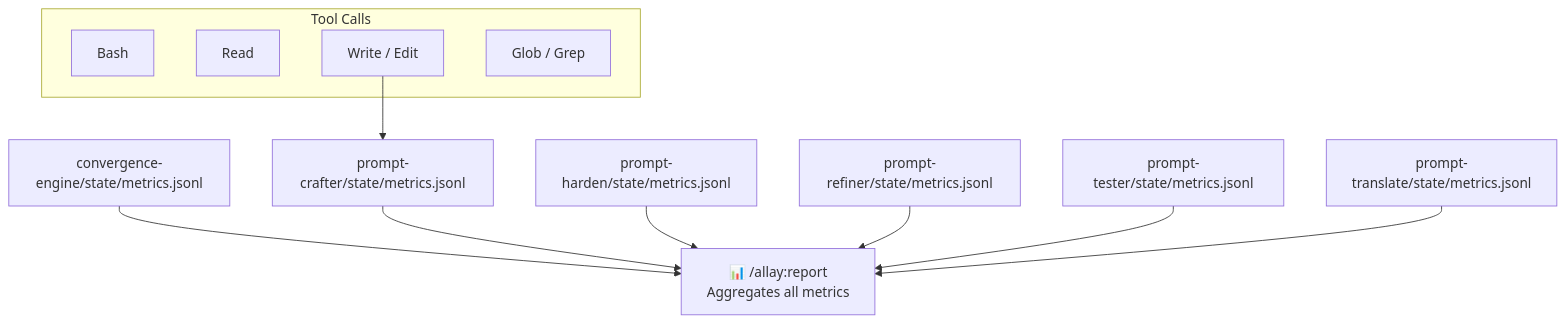
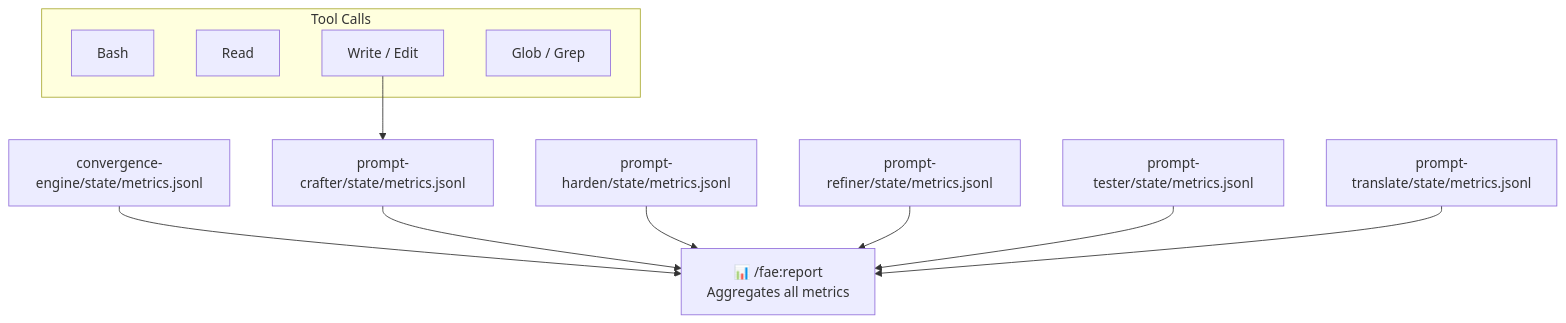
The diagram in docs/architecture/dataflow.mmd (enchanted-plugins/wixie), drawn with Mermaid before and after one commit. The commit also changed 84 other files, not shown here.

```diff
--- a/docs/architecture/dataflow.mmd
+++ b/docs/architecture/dataflow.mmd
@@ -1,21 +1,21 @@
 graph TB
     subgraph inputs["Tool Calls"]
         Bash["Bash"]
         Read["Read"]
         Write["Write / Edit"]
         Glob["Glob / Grep"]
     end
     convergence_engine_metrics["convergence-engine/state/metrics.jsonl<br/><small></small>"]
     prompt_crafter_metrics["prompt-crafter/state/metrics.jsonl<br/><small></small>"]
     Write --> prompt_crafter_metrics
     prompt_harden_metrics["prompt-harden/state/metrics.jsonl<br/><small></small>"]
     prompt_refiner_metrics["prompt-refiner/state/metrics.jsonl<br/><small></small>"]
     prompt_tester_metrics["prompt-tester/state/metrics.jsonl<br/><small></small>"]
     prompt_translate_metrics["prompt-translate/state/metrics.jsonl<br/><small></small>"]
-    report["📊 /allay:report<br/>Aggregates all metrics"]
+    report["📊 /fae:report<br/>Aggregates all metrics"]
     convergence_engine_metrics --> report
     prompt_crafter_metrics --> report
     prompt_harden_metrics --> report
     prompt_refiner_metrics --> report
     prompt_tester_metrics --> report
     prompt_translate_metrics --> report
```
